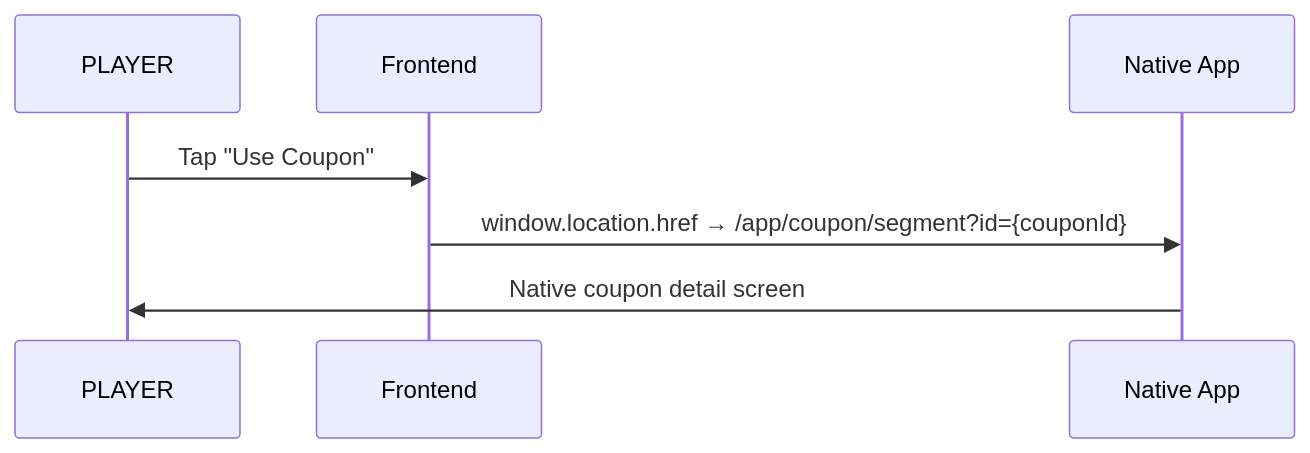
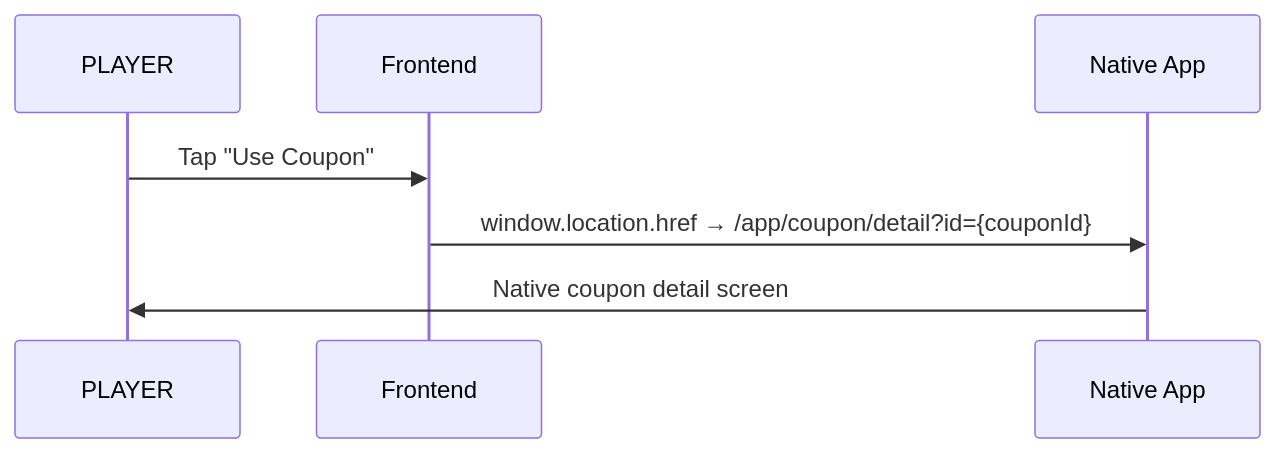
One commit to st-dungnguyen/workshop-team-3 changed the second of 3 diagrams in spec/end-to-end/reward-claim-flow.md. Above: the diagram before and after it, drawn with Mermaid. The commit also changed other lines of this file and 15 other files, not shown here.

````diff
--- a/spec/end-to-end/reward-claim-flow.md
+++ b/spec/end-to-end/reward-claim-flow.md
@@ -99,10 +99,10 @@
 ```mermaid
 sequenceDiagram
     participant P as PLAYER
     participant FE as Frontend
     participant HOST as Native App
 
     P->>FE: Tap "Use Coupon"
-    FE->>HOST: window.location.href → /app/coupon/segment?id={couponId}
+    FE->>HOST: window.location.href → /app/coupon/detail?id={couponId}
     HOST->>P: Native coupon detail screen
 ```
````
